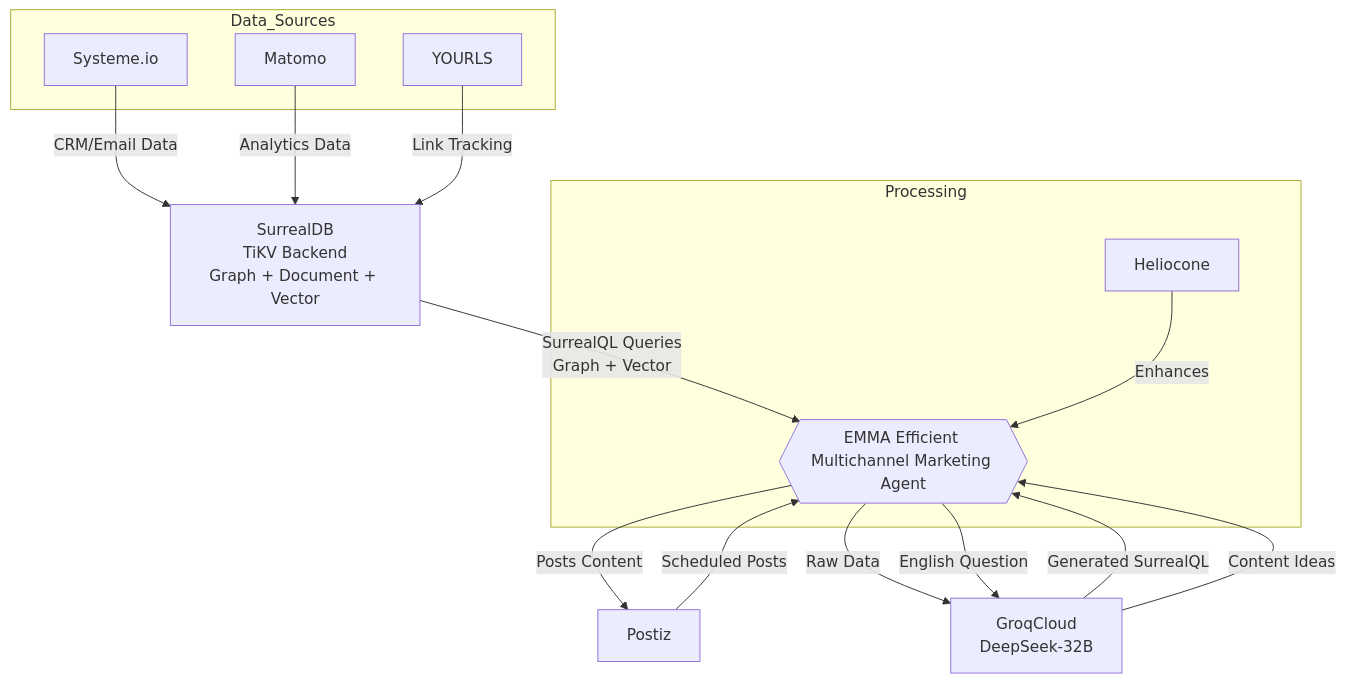
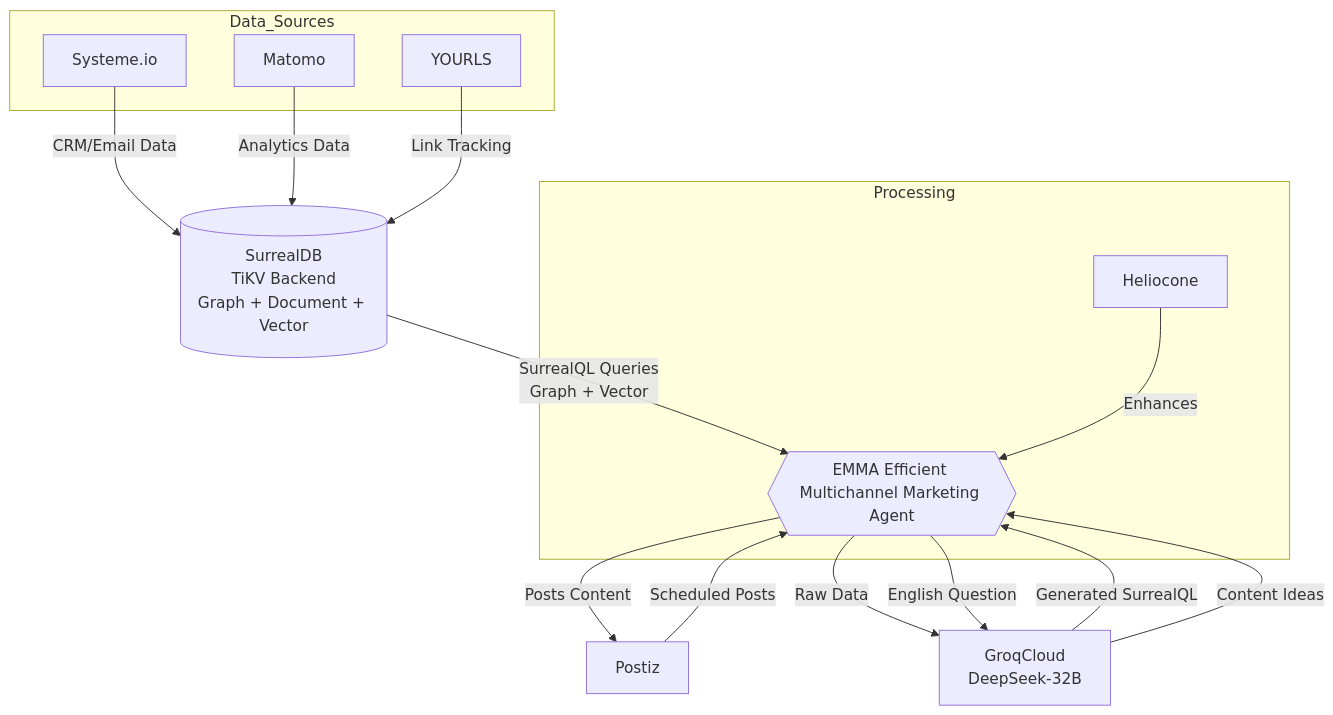
Before and after one commit to deepbrainspace/deepbrain-stack: the third of 4 diagrams in projects/bnb/v6-b.md, drawn with Mermaid. The commit also changed other lines of this file, not shown here.

````diff
--- a/projects/bnb/v6-b.md
+++ b/projects/bnb/v6-b.md
@@ -85,26 +85,26 @@
 ```mermaid
 graph TD
-    G[Systeme.io] -->|CRM/Email Data| B[SurrealDB<br>TiKV Backend<br>Graph + Document + Vector]
+    G[Systeme.io] -->|CRM/Email Data| B[(SurrealDB<br>TiKV Backend<br>Graph + Document + Vector)]
     A[Matomo] -->|Analytics Data| B
     C[YOURLS] -->|Link Tracking| B
     D -->|Scheduled Posts| E{{EMMA Efficient Multichannel Marketing Agent}}
     B -->|SurrealQL Queries<br>Graph + Vector| E
     E -->|Posts Content| D[Postiz]
     L[Heliocone] -->|Enhances| E
     subgraph Data_Sources
         A
         C
         G
     end
 
     subgraph Processing
         E
         L
     end
 
     F -->|Generated SurrealQL| E
     E -->|Raw Data| F
     F -->|Content Ideas| E
         
     E -->|English Question| F[GroqCloud<br>DeepSeek-32B]
 ```
````
